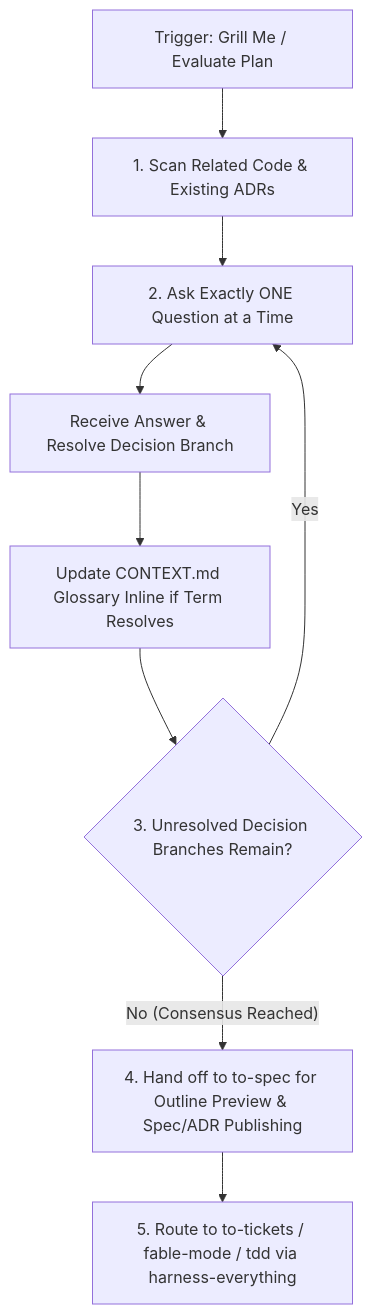
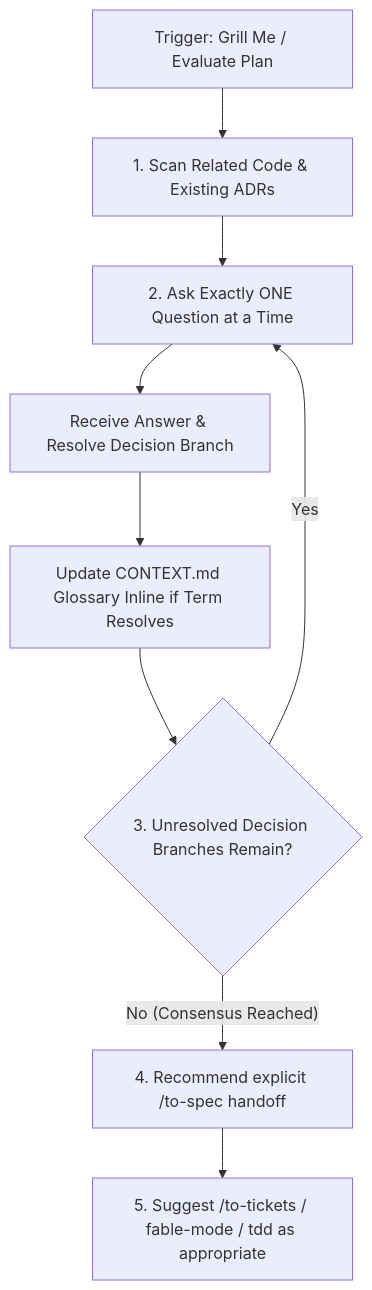
One commit to dyphn1/Harness-everything changed the diagram in grill-me/references/grilling-playbook.md. Above: the diagram before and after it, drawn with Mermaid. The commit also changed other lines of this file, not shown here.

Commit message:
docs(grill): make to-spec handoff explicit

````diff
--- a/grill-me/references/grilling-playbook.md
+++ b/grill-me/references/grilling-playbook.md
@@ -5,14 +5,14 @@
 ```mermaid
 flowchart TD
     Start[Trigger: Grill Me / Evaluate Plan] --> Discovery[1. Scan Related Code & Existing ADRs]
     Discovery --> Loop[2. Ask Exactly ONE Question at a Time]
     
     Loop --> Answer[Receive Answer & Resolve Decision Branch]
     Answer --> UpdateGlossary[Update CONTEXT.md Glossary Inline if Term Resolves]
     UpdateGlossary --> MoreBranches{3. Unresolved Decision Branches Remain?}
     
     MoreBranches -- Yes --> Loop
-    MoreBranches -- No (Consensus Reached) --> ToSpec[4. Hand off to to-spec for Outline Preview & Spec/ADR Publishing]
+    MoreBranches -- No (Consensus Reached) --> ToSpec[4. Recommend explicit /to-spec handoff]
     
-    ToSpec --> Execution[5. Route to to-tickets / fable-mode / tdd via harness-everything]
+    ToSpec --> Execution[5. Suggest /to-tickets / fable-mode / tdd as appropriate]
 ```
````
